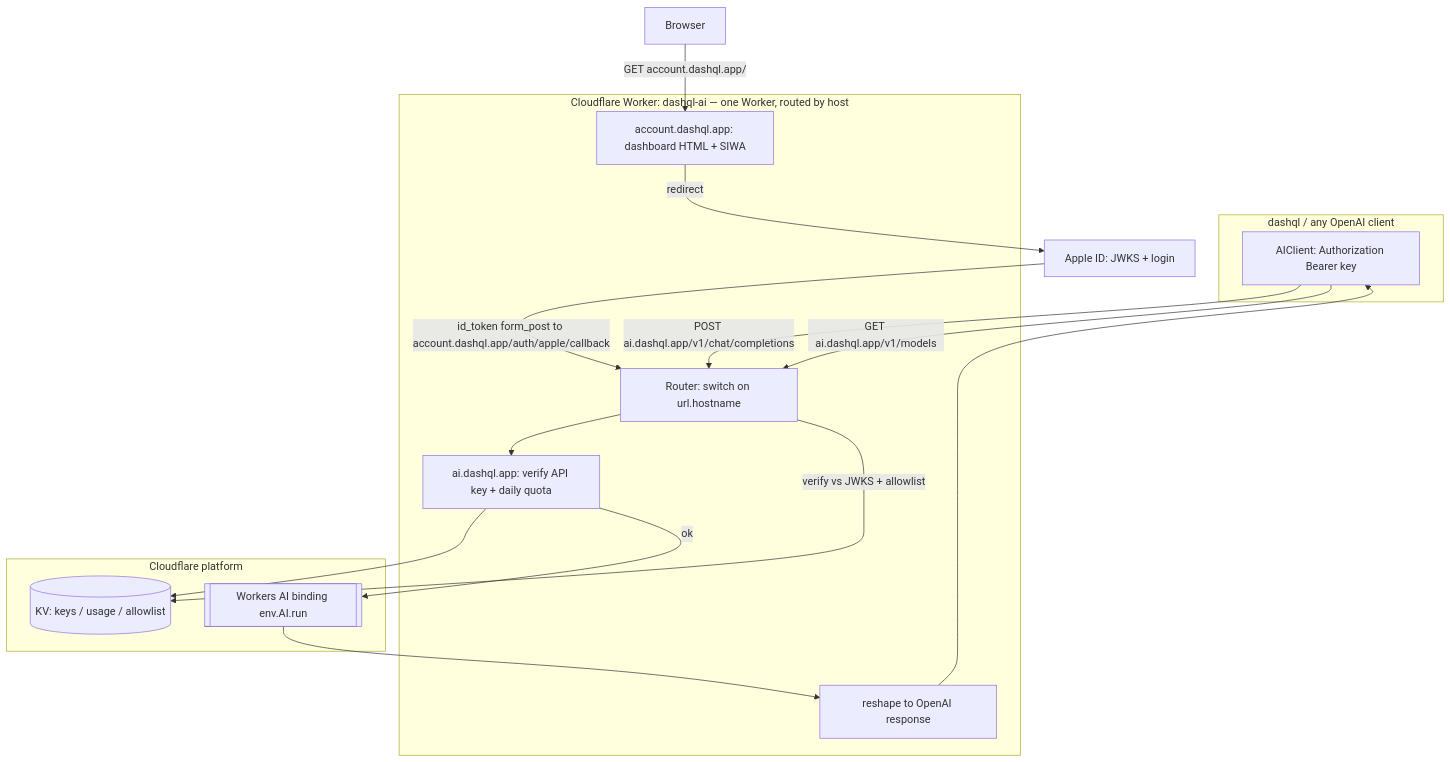
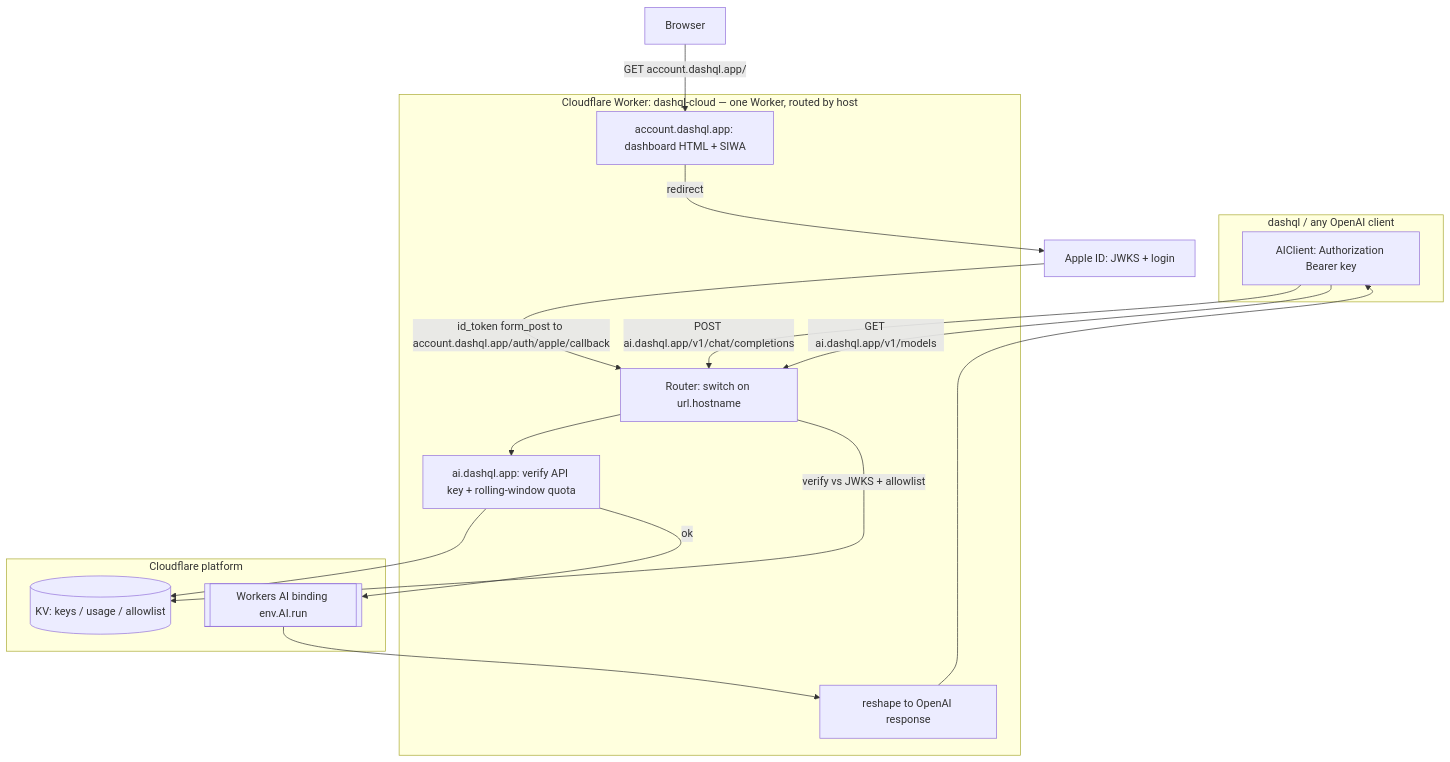
Before and after one commit to ankoh/dashql: the diagram in docs/wip/account.md, drawn with Mermaid. The commit also changed other lines of this file and 13 other files, not shown here.

Commit message:
Spike dashql-cloud worker

````diff
--- a/docs/wip/account.md
+++ b/docs/wip/account.md
@@ -63,24 +70,24 @@
 ```mermaid
 flowchart TD
     subgraph client [dashql / any OpenAI client]
         A[AIClient: Authorization Bearer key]
     end
-    subgraph worker [Cloudflare Worker: dashql-ai — one Worker, routed by host]
+    subgraph worker [Cloudflare Worker: dashql-cloud — one Worker, routed by host]
         R[Router: switch on url.hostname]
         DASH[account.dashql.app: dashboard HTML + SIWA]
-        VERIFY[ai.dashql.app: verify API key + daily quota]
+        VERIFY[ai.dashql.app: verify API key + rolling-window quota]
         RESHAPE[reshape to OpenAI response]
     end
     subgraph cf [Cloudflare platform]
         KV[(KV: keys / usage / allowlist)]
         AI[[Workers AI binding env.AI.run]]
     end
     APPLE[Apple ID: JWKS + login]
 
     A -->|POST ai.dashql.app/v1/chat/completions| R --> VERIFY --> KV
     VERIFY -->|ok| AI --> RESHAPE --> A
     A -->|GET ai.dashql.app/v1/models| R
     U[Browser] -->|GET account.dashql.app/| DASH -->|redirect| APPLE
     APPLE -->|id_token form_post to account.dashql.app/auth/apple/callback| R
     R -->|verify vs JWKS + allowlist| KV
 ```
````
